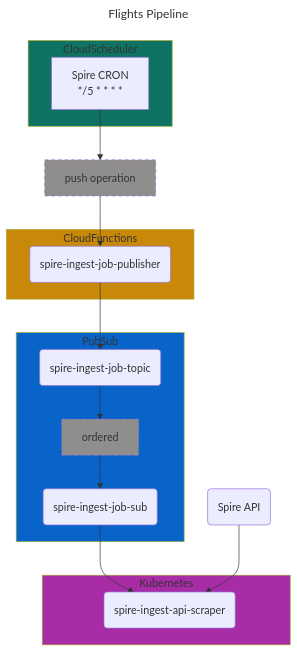
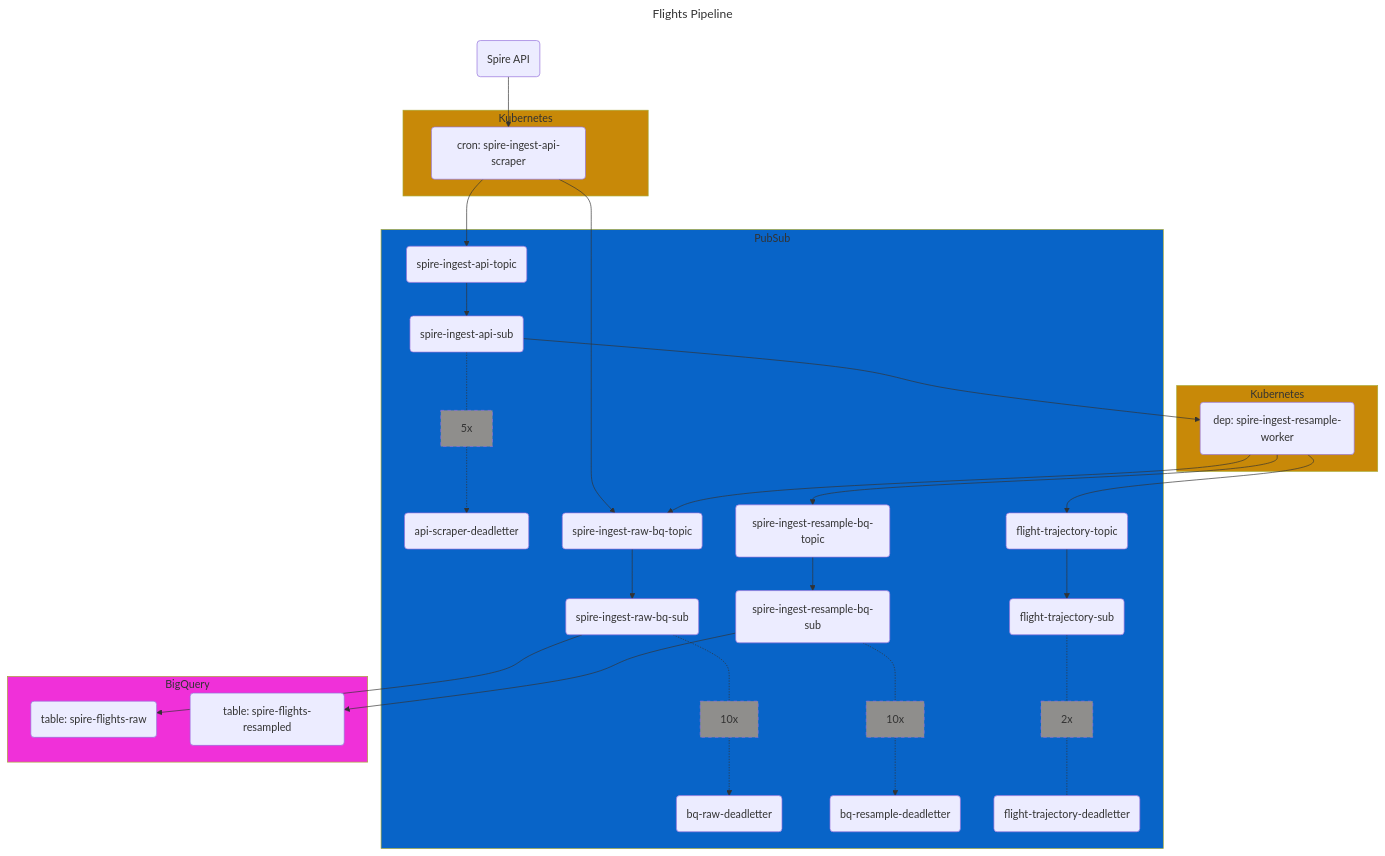
The diagram in README.md (contrailcirrus/flights-pipeline), drawn with Mermaid before and after one commit.

Commit message:
update mermaid

````diff
--- a/README.md
+++ b/README.md
@@ -6,39 +6,71 @@
 ```mermaid
 ---
 title: Flights Pipeline
 ---
 graph 
     %% style
     classDef operationStyle fill:#8f8e8c, stroke-dasharray: 5 5
-    %% operations
-    raw_push_op[push operation]:::operationStyle
 
     %% services/processes
     spire_api(Spire API)
-    subgraph cloud_scheduler[CloudScheduler]
-        spire_cron[Spire CRON \n */5 * * * *]
+    subgraph k8s_1[Kubernetes]
+        spire_ingest_api_scraper(cron: spire-ingest-api-scraper)
     end
-    style cloud_scheduler fill:#0f7364
-    subgraph cloud_functions[CloudFunctions]
-        spire_ingest_job_publisher(spire-ingest-job-publisher)
+    style k8s_1 fill:#C88908
+    subgraph k8s_2[Kubernetes]
+        spire_ingest_resample_worker(dep: spire-ingest-resample-worker)
     end
-    style cloud_functions fill:#C88908
+    style k8s_2 fill:#C88908
     subgraph pub_sub[PubSub]
-        spire_ingest_job_topic(spire-ingest-job-topic)
-        ordered_queue_op[ordered]:::operationStyle
-        spire_ingest_job_subscription(spire-ingest-job-sub)
+        spire_ingest_api_topic(spire-ingest-api-topic)
+        spire_ingest_api_sub(spire-ingest-api-sub)
+        api_scraper_5xop[5x]:::operationStyle
+        spire_ingest_api_sub_deadletter(api-scraper-deadletter)
+        spire_ingest_raw_bq_topic(spire-ingest-raw-bq-topic)        
+        spire_ingest_raw_bq_sub(spire-ingest-raw-bq-sub)
+        bq_raw_10xop[10x]:::operationStyle
+        spire_ingest_raw_bq_sub_deadletter(bq-raw-deadletter)
+        spire_ingest_resample_bq_topic(spire-ingest-resample-bq-topic)
+        spire_ingest_resample_bq_sub(spire-ingest-resample-bq-sub)
+        bq_resample_10xop[10x]:::operationStyle
+        spire_ingest_resample_bq_sub_deadletter(bq-resample-deadletter)
+        flight_trajectory_topic(flight-trajectory-topic)
+        flight_trajectory_sub(flight-trajectory-sub)
+        flight_trajectory_2xop[2x]:::operationStyle
+        flight_trajectory_sub_deadletter(flight-trajectory-deadletter)
     end
     style pub_sub fill:#0864C8
-    subgraph kubernetes[Kubernetes]
-        spire_ingest_api_scraper(spire-ingest-api-scraper)
+    subgraph bigquery[BigQuery]
+        spire_flights_raw_tb(table: spire-flights-raw)
+        spire_flights_resampled_tb(table: spire-flights-resampled)
     end
-    style kubernetes fill:#a82ca6
+    style bigquery fill:#f030d9
     %% flow/associations
-    spire_cron --> raw_push_op
-    raw_push_op --> spire_ingest_job_publisher
-    spire_ingest_job_publisher --> spire_ingest_job_topic
-    spire_ingest_job_topic --> ordered_queue_op
-    ordered_queue_op --> spire_ingest_job_subscription
-    spire_ingest_job_subscription --> spire_ingest_api_scraper
     spire_api --> spire_ingest_api_scraper
+    spire_ingest_api_scraper --> spire_ingest_api_topic
+    spire_ingest_api_scraper --> spire_ingest_raw_bq_topic
+    spire_ingest_api_topic --> spire_ingest_api_sub
+    spire_ingest_api_sub --> spire_ingest_resample_worker
+    spire_ingest_resample_worker --> spire_ingest_raw_bq_topic
+    spire_ingest_resample_worker --> spire_ingest_resample_bq_topic
+    spire_ingest_resample_worker --> flight_trajectory_topic
+    spire_ingest_raw_bq_topic --> spire_ingest_raw_bq_sub
+    spire_ingest_resample_bq_topic --> spire_ingest_resample_bq_sub
+    flight_trajectory_topic --> flight_trajectory_sub
+    
+    spire_ingest_raw_bq_sub --> spire_flights_raw_tb
+    spire_ingest_resample_bq_sub --> spire_flights_resampled_tb
+    
+    
+    spire_ingest_api_sub -.- api_scraper_5xop
+    api_scraper_5xop -.-> spire_ingest_api_sub_deadletter
+    
+    spire_ingest_raw_bq_sub -.- bq_raw_10xop
+    bq_raw_10xop -.-> spire_ingest_raw_bq_sub_deadletter
+    
+    spire_ingest_resample_bq_sub -.- bq_resample_10xop
+    bq_resample_10xop -.-> spire_ingest_resample_bq_sub_deadletter
+    
+    flight_trajectory_sub -.- flight_trajectory_2xop
+    flight_trajectory_2xop -.- flight_trajectory_sub_deadletter
 ```
````
